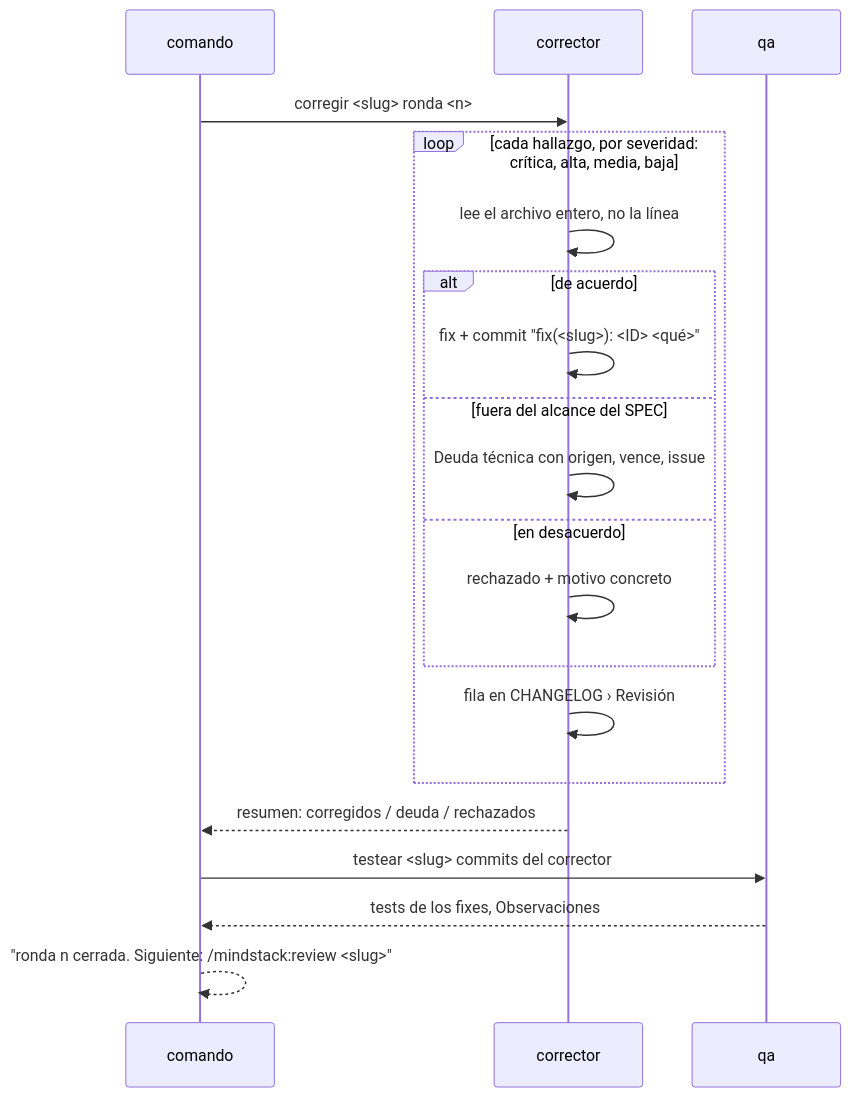
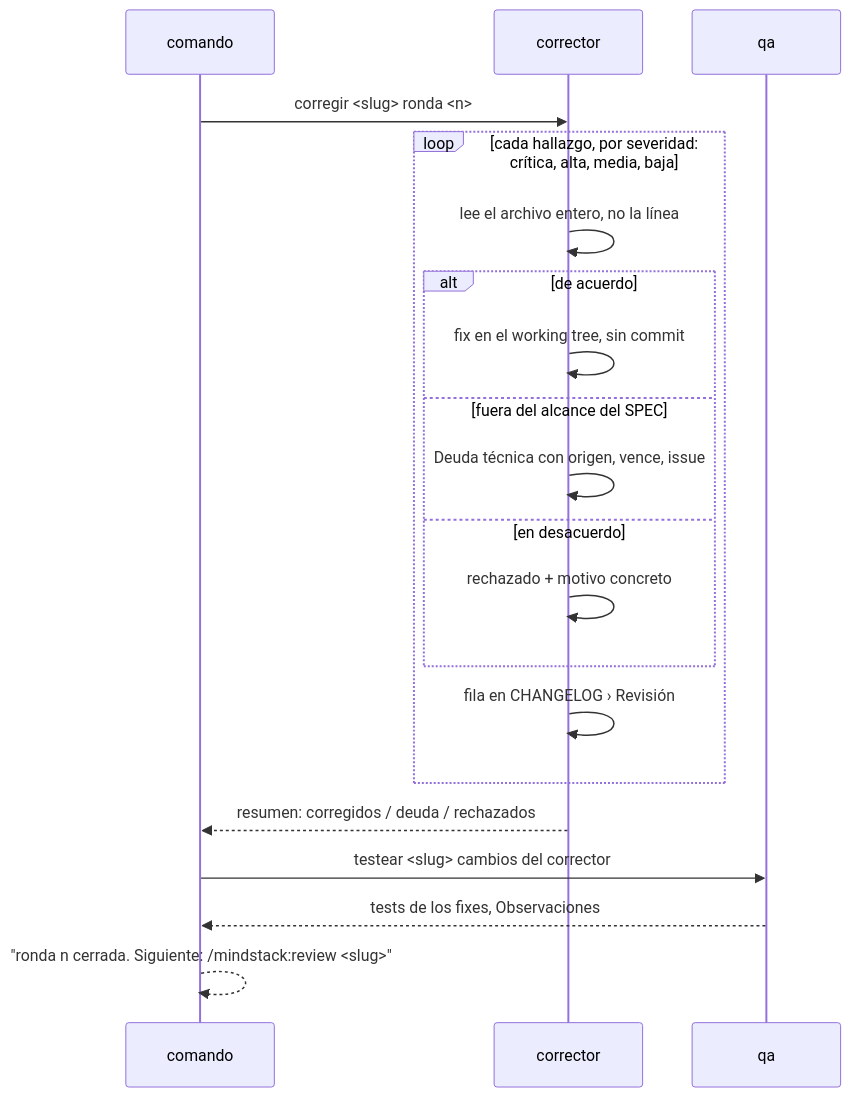
One commit to octavio-parozlabs/mindstack changed the diagram in skills/workflow/references/fix.md. Above: the diagram before and after it, drawn with Mermaid. The commit also changed other lines of this file and 40 other files, not shown here.

````diff
--- a/skills/workflow/references/fix.md
+++ b/skills/workflow/references/fix.md
@@ -5,22 +5,22 @@
 ```mermaid
 sequenceDiagram
     participant C as comando
     participant F as corrector
     participant Q as qa
     C->>F: corregir <slug> ronda <n>
     loop cada hallazgo, por severidad: crítica, alta, media, baja
         F->>F: lee el archivo entero, no la línea
         alt de acuerdo
-            F->>F: fix + commit "fix(<slug>): <ID> <qué>"
+            F->>F: fix en el working tree, sin commit
         else fuera del alcance del SPEC
             F->>F: Deuda técnica con origen, vence, issue
         else en desacuerdo
             F->>F: rechazado + motivo concreto
         end
         F->>F: fila en CHANGELOG › Revisión
     end
     F-->>C: resumen: corregidos / deuda / rechazados
-    C->>Q: testear <slug> commits del corrector
+    C->>Q: testear <slug> cambios del corrector
     Q-->>C: tests de los fixes, Observaciones
     C-->>C: "ronda n cerrada. Siguiente: /mindstack:review <slug>"
 ```
````
